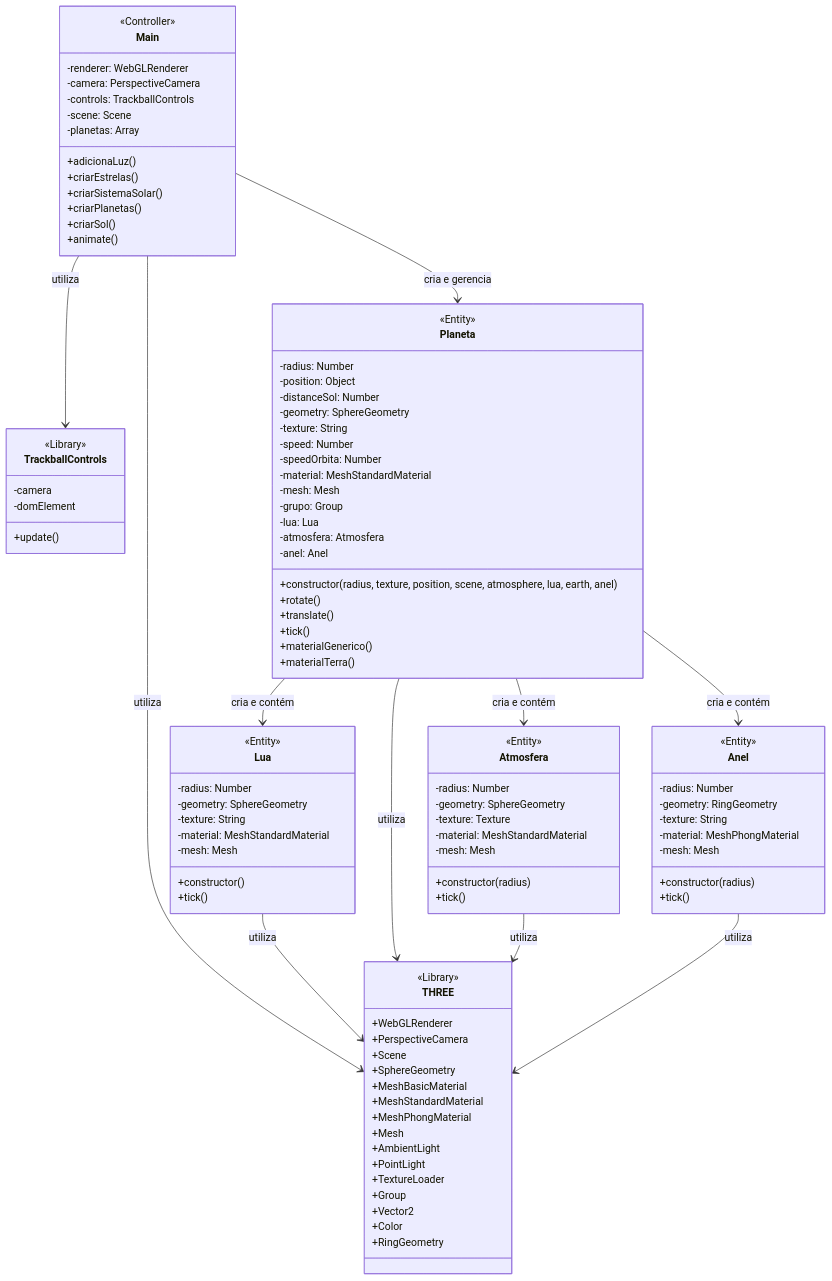
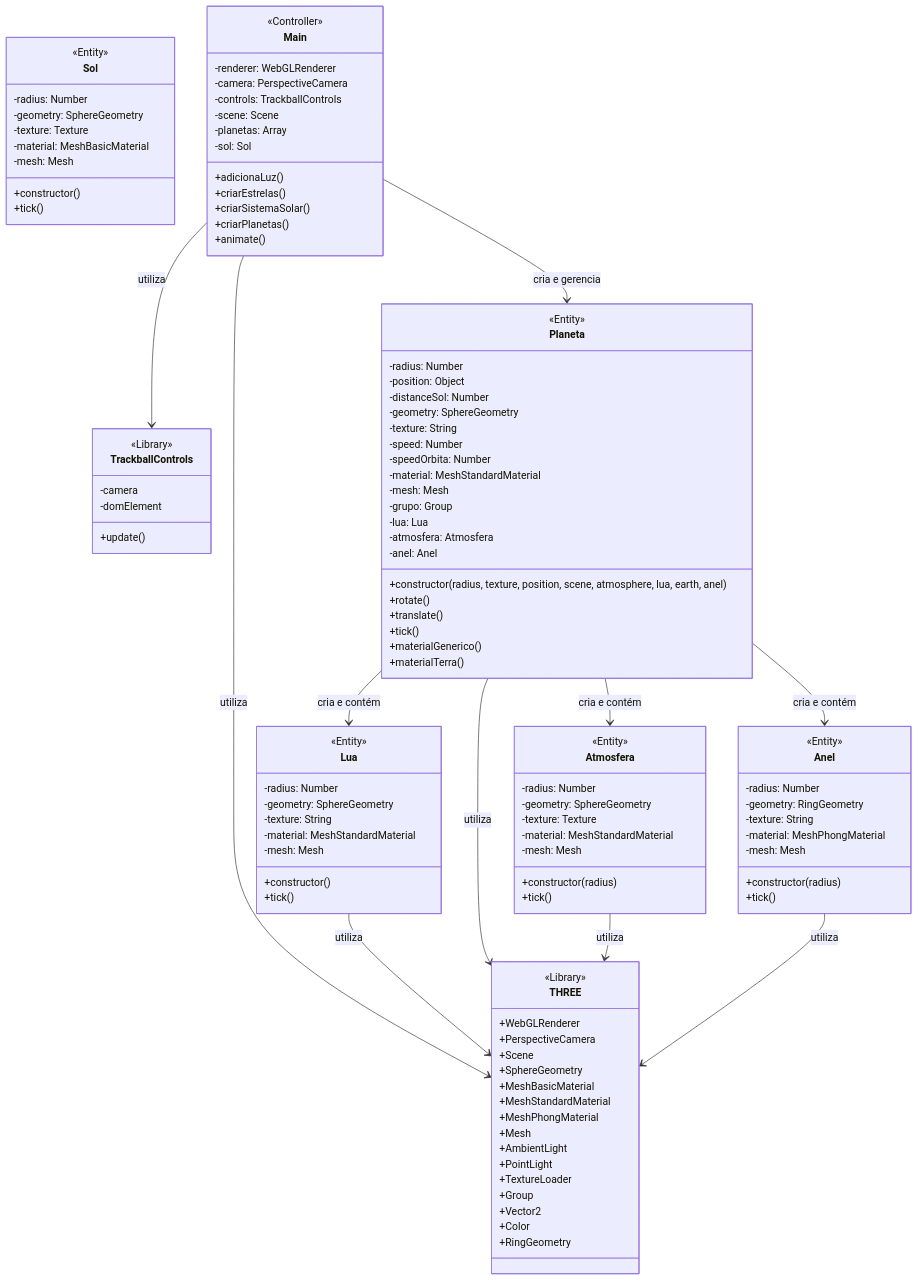
The diagram in README.md (StephanyeCunto/ComputacaoGrafica), drawn with Mermaid before and after one commit. The commit also changed 4 other files, not shown here.

```diff
--- a/README.md
+++ b/README.md
@@ -173,6 +173,18 @@
  +constructor(radius)
  +tick()
  }
+
+ class Sol {
+<<Entity>>
+-radius: Number
+ -geometry: SphereGeometry
+ -texture: Texture
+ -material: MeshBasicMaterial
+ -mesh: Mesh
+ +constructor()
+ +tick()
+ }
+ 
  class Main {
  <<Controller>>
  -renderer: WebGLRenderer
@@ -180,11 +192,11 @@
  -controls: TrackballControls
  -scene: Scene
  -planetas: Array
+ -sol: Sol
  +adicionaLuz()
  +criarEstrelas()
  +criarSistemaSolar()
  +criarPlanetas()
- +criarSol()
  +animate()
  }
  Planeta --> Lua : cria e contém
```
